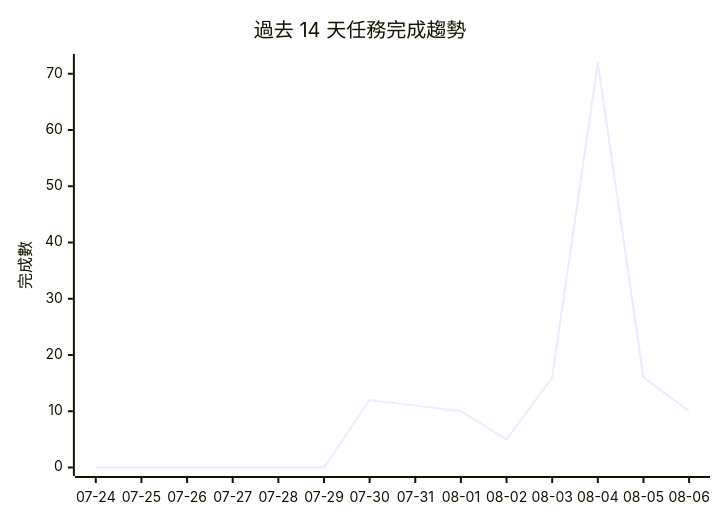
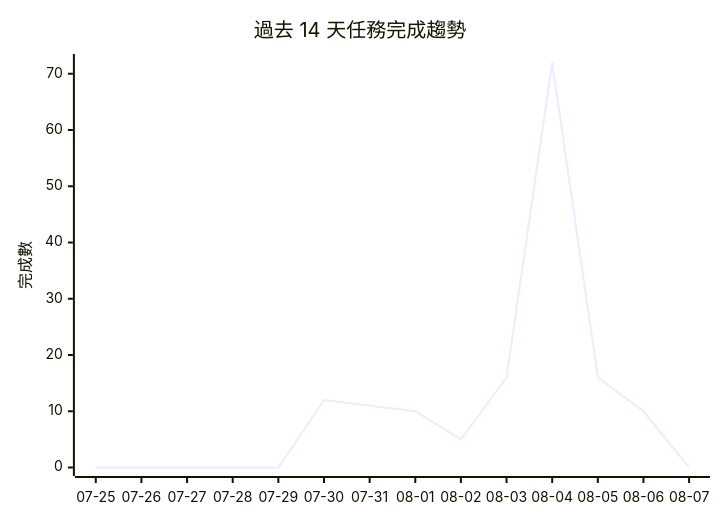
The diagram in PROJECTS.md (gentoobreaking/ai-tasks), drawn with Mermaid before and after one commit. The commit also changed other lines of this file and 61 other files, not shown here.

````diff
--- a/PROJECTS.md
+++ b/PROJECTS.md
@@ -193,7 +193,7 @@
 ```mermaid
 xychart-beta
     title "過去 14 天任務完成趨勢"
-    x-axis ["07-24", "07-25", "07-26", "07-27", "07-28", "07-29", "07-30", "07-31", "08-01", "08-02", "08-03", "08-04", "08-05", "08-06"]
+    x-axis ["07-25", "07-26", "07-27", "07-28", "07-29", "07-30", "07-31", "08-01", "08-02", "08-03", "08-04", "08-05", "08-06", "08-07"]
     y-axis "完成數" 0 --> 72
-    line [0, 0, 0, 0, 0, 0, 12, 11, 10, 5, 16, 72, 16, 10]
+    line [0, 0, 0, 0, 0, 12, 11, 10, 5, 16, 72, 16, 10, 0]
 ```
````
